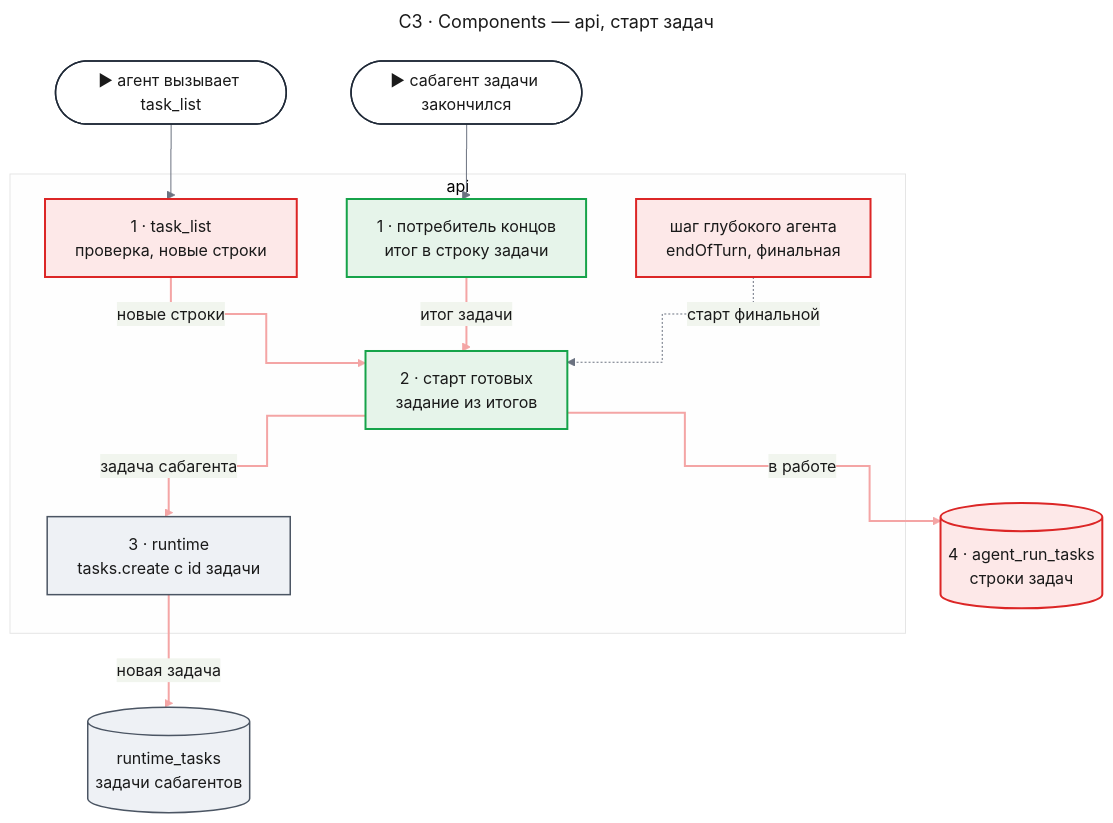
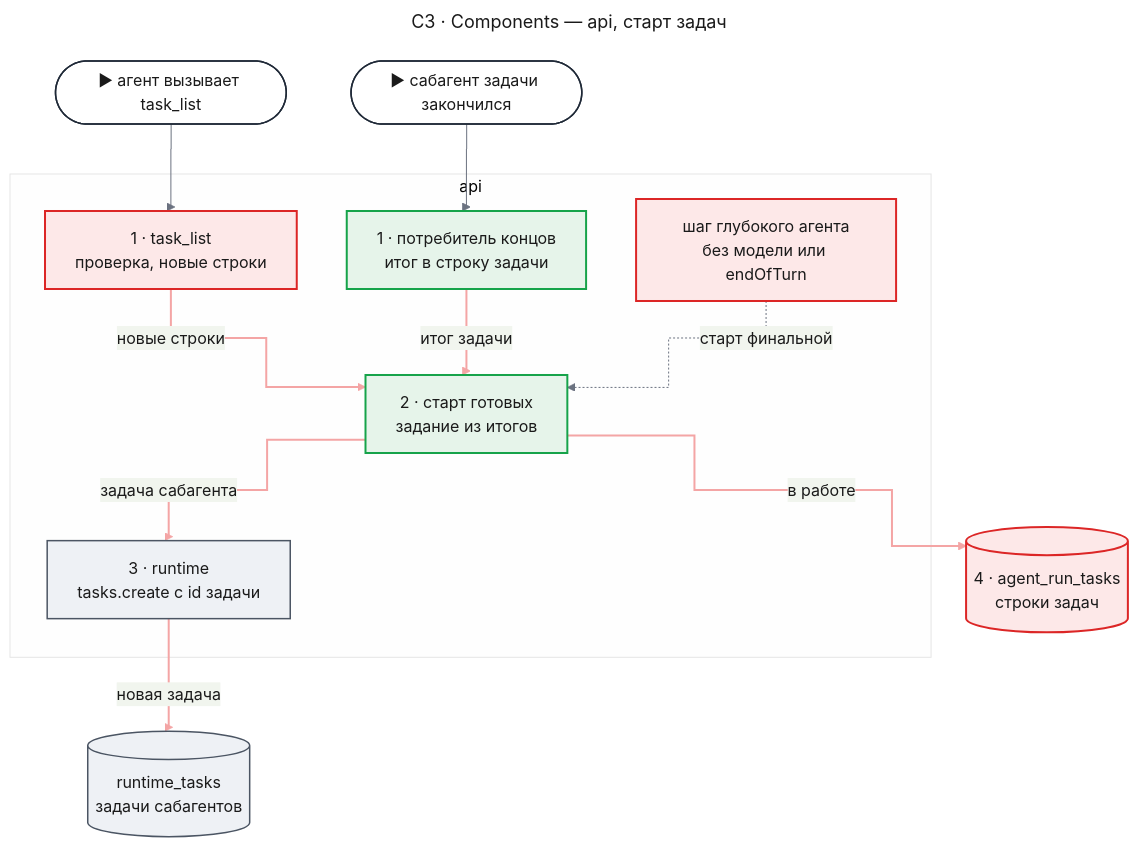
One commit to tundraray/agent-os changed the first of 5 diagrams in docs/features/deep-agents/design-tasks.md. Above: the diagram before and after it, drawn with Mermaid. The commit also changed other lines of this file and 1 other file, not shown here.

Commit message:
docs(deep-agents): start tasks without the lead's model call, drop the brief flow

````diff
--- a/docs/features/deep-agents/design-tasks.md
+++ b/docs/features/deep-agents/design-tasks.md
@@ -190,53 +202,53 @@
 ```mermaid
 ---
 title: "C3 · Components — api, старт задач"
 config:
   theme: base
   look: classic
   themeVariables:
     primaryColor: "#eef1f5"
     primaryBorderColor: "#4b5563"
     primaryTextColor: "#1a1a1a"
     lineColor: "#6b7280"
   flowchart:
     curve: step
   themeCSS: |
     @keyframes lit_tk3{0%,22.5%{stroke:#991b1b;stroke-width:6px}25%,100%{stroke:#f4a5a5;stroke-width:2px}}
 ---
 flowchart TB
     addE(["▶ агент вызывает task_list"])
     endE(["▶ сабагент задачи закончился"])
     subgraph apiBox["api"]
         tool["1 · task_list<br/>проверка, новые строки"]
         cons["1 · потребитель концов<br/>итог в строку задачи"]
-        turn["шаг глубокого агента<br/>endOfTurn, финальная"]
+        turn["шаг глубокого агента<br/>без модели или endOfTurn"]
         start["2 · старт готовых<br/>задание из итогов"]
         rt["3 · runtime<br/>tasks.create с id задачи"]
     end
     db[("4 · agent_run_tasks<br/>строки задач")]
     rtdb[("runtime_tasks<br/>задачи сабагентов")]
     addE --> tool
     endE --> cons
     tool e1@-->|"новые строки"| start
     cons e2@-->|"итог задачи"| start
     turn -.->|"старт финальной"| start
     start e3@-->|"задача сабагента"| rt
     rt e4@-->|"новая задача"| rtdb
     start e5@-->|"в работе"| db
     classDef entry fill:#ffffff,stroke:#1f2937,stroke-width:1.5px,color:#1a1a1a
     classDef changed fill:#fde8e8,stroke:#dc2626,stroke-width:2px,color:#1a1a1a
     classDef new fill:#e6f4ea,stroke:#16a34a,stroke-width:2px,color:#1a1a1a
     classDef unchanged fill:#eef1f5,stroke:#4b5563,stroke-width:1.5px,color:#1a1a1a
     classDef w1 stroke:#f4a5a5,stroke-width:2px,animation:lit_tk3 4.8s linear 0s infinite
     classDef w2 stroke:#f4a5a5,stroke-width:2px,animation:lit_tk3 4.8s linear 1.2s infinite
     classDef w3 stroke:#f4a5a5,stroke-width:2px,animation:lit_tk3 4.8s linear 2.4s infinite
     classDef w4 stroke:#f4a5a5,stroke-width:2px,animation:lit_tk3 4.8s linear 3.6s infinite
     class addE,endE entry
     class tool,turn,db changed
     class cons,start new
     class rt,rtdb unchanged
     class e1,e2 w1
     class e3 w2
     class e4 w3
     class e5 w4
 ```
````
